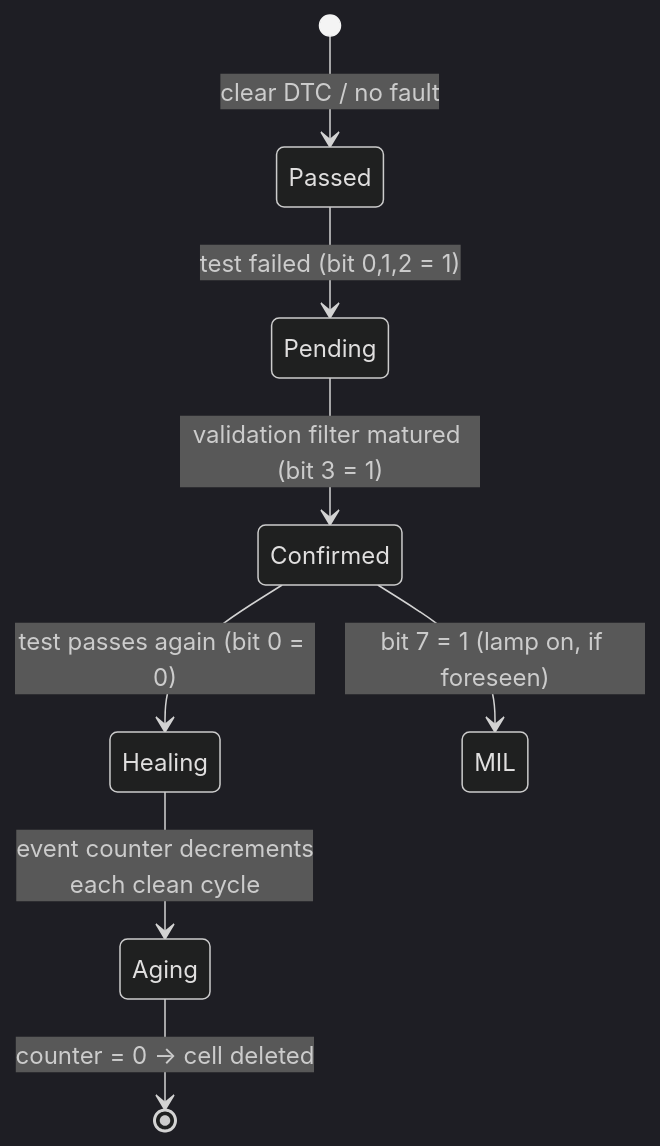
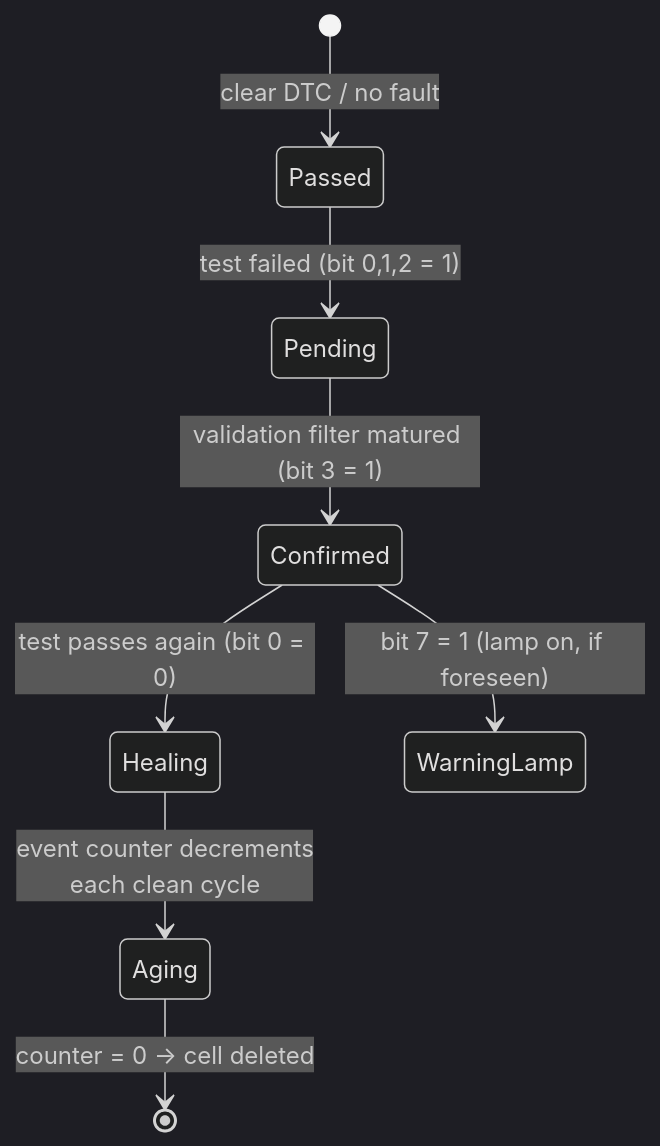
One commit to hackvoid/AIL changed the third of 5 diagrams in wiki/articles/mil2/diagnosis/index.md. Above: the diagram before and after it, drawn with Mermaid (dark theme). The commit also changed other lines of this file and 172 other files, not shown here.

````diff
--- a/wiki/articles/mil2/diagnosis/index.md
+++ b/wiki/articles/mil2/diagnosis/index.md
@@ -167,10 +209,10 @@
 ```mermaid
 stateDiagram-v2
     [*] --> Passed: clear DTC / no fault
     Passed --> Pending: test failed (bit 0,1,2 = 1)
     Pending --> Confirmed: validation filter matured (bit 3 = 1)
     Confirmed --> Healing: test passes again (bit 0 = 0)
     Healing --> Aging: event counter decrements<br/>each clean cycle
     Aging --> [*]: counter = 0 → cell deleted
-    Confirmed --> MIL: bit 7 = 1 (lamp on, if foreseen)
+    Confirmed --> WarningLamp: bit 7 = 1 (lamp on, if foreseen)
 ```
````
